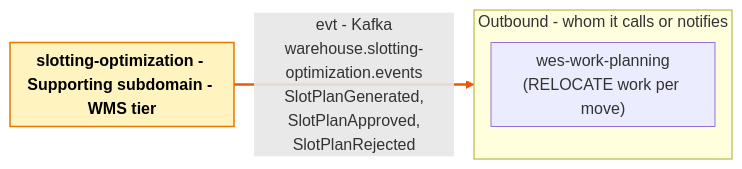
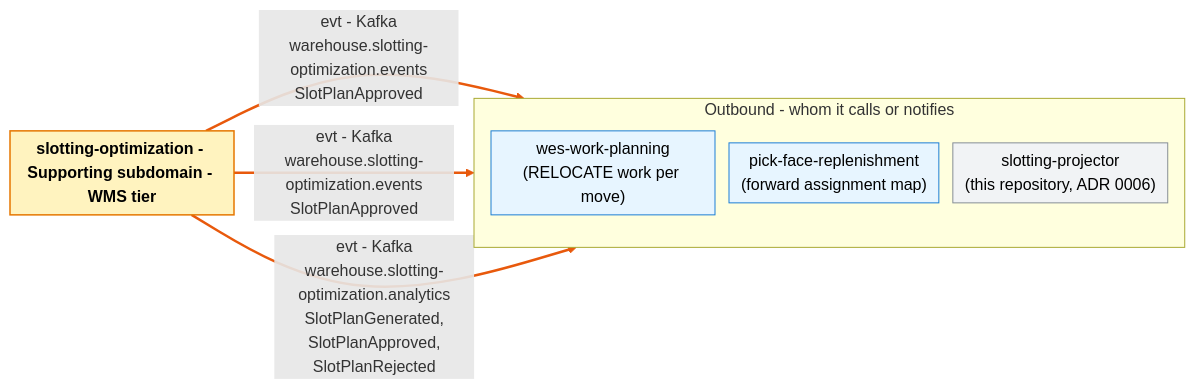
Before and after one commit to IQVO/slotting-optimization: the second of 4 diagrams in docs/docs/ddd/bounded-context-canvas.md, drawn with Mermaid. The commit also changed other lines of this file, not shown here.

````diff
--- a/docs/docs/ddd/bounded-context-canvas.md
+++ b/docs/docs/ddd/bounded-context-canvas.md
@@ -70,18 +76,24 @@
 ```mermaid
 %%{init: {"flowchart": {"nodeSpacing": 14, "rankSpacing": 40, "padding": 6}}}%%
 flowchart LR
     classDef bc fill:#fff3bf,stroke:#e67700,stroke-width:1.5px,color:#000
     classDef card fill:#fff9db,stroke:#f08c00,color:#000,text-align:left
     classDef ctx fill:#e7f5ff,stroke:#1c7ed6,color:#000
     classDef actor fill:#fff4e6,stroke:#e8590c,color:#000
     classDef ext fill:#ffe3e3,stroke:#c92a2a,color:#000
     classDef self fill:#f1f3f5,stroke:#868e96,color:#000
     classDef none fill:#f8f9fa,stroke:#adb5bd,stroke-dasharray:5 5,color:#495057
     BC["<b>slotting-optimization - Supporting subdomain - WMS tier</b>"]:::bc
     subgraph OUT["Outbound - whom it calls or notifies"]
         direction TB
-        out0["wes-work-planning<br/>(RELOCATE work per move)"]
+        out0["wes-work-planning<br/>(RELOCATE work per move)"]:::ctx
+        out1["pick-face-replenishment<br/>(forward assignment map)"]:::ctx
+        out2["slotting-projector<br/>(this repository, ADR 0006)"]:::self
     end
-    BC ==>|"evt - Kafka<br/>warehouse.slotting-optimization.events<br/>SlotPlanGenerated,<br/>SlotPlanApproved,<br/>SlotPlanRejected"| out0
+    BC ==>|"evt - Kafka<br/>warehouse.slotting-optimization.events<br/>SlotPlanApproved"| out0
+    BC ==>|"evt - Kafka<br/>warehouse.slotting-optimization.events<br/>SlotPlanApproved"| out1
+    BC ==>|"evt - Kafka<br/>warehouse.slotting-optimization.analytics<br/>SlotPlanGenerated,<br/>SlotPlanApproved,<br/>SlotPlanRejected"| out2
     linkStyle 0 stroke:#e8590c,stroke-width:2.5px
+    linkStyle 1 stroke:#e8590c,stroke-width:2.5px
+    linkStyle 2 stroke:#e8590c,stroke-width:2.5px
 ```
````
